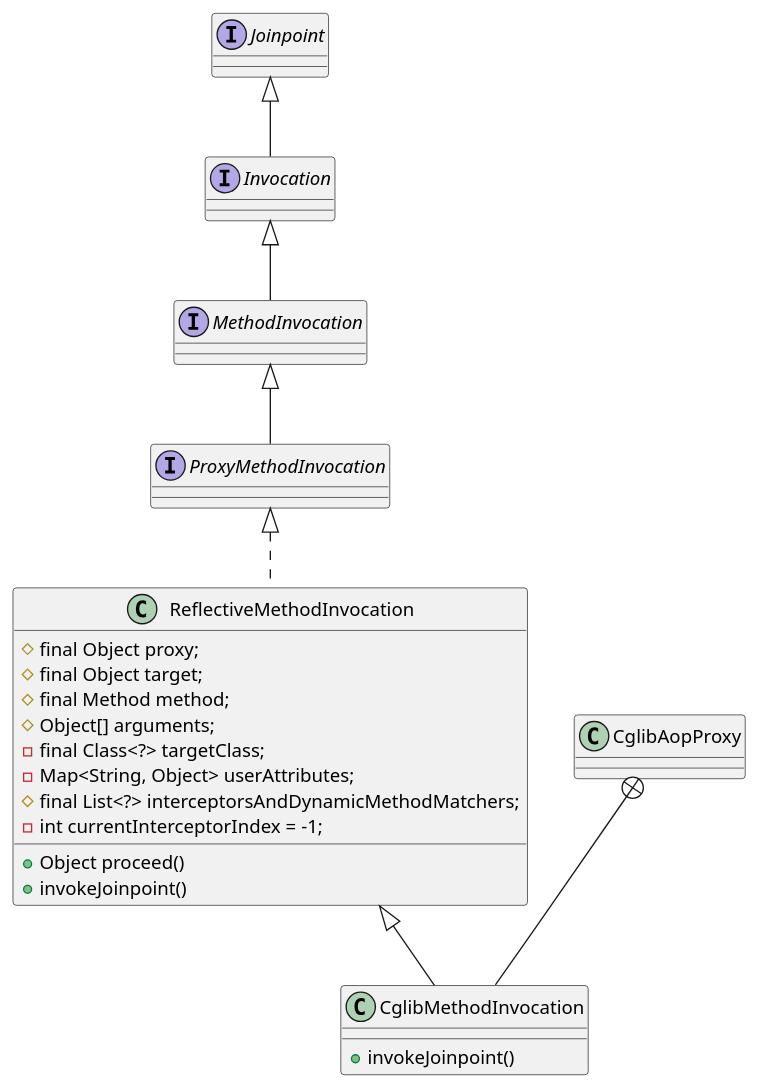
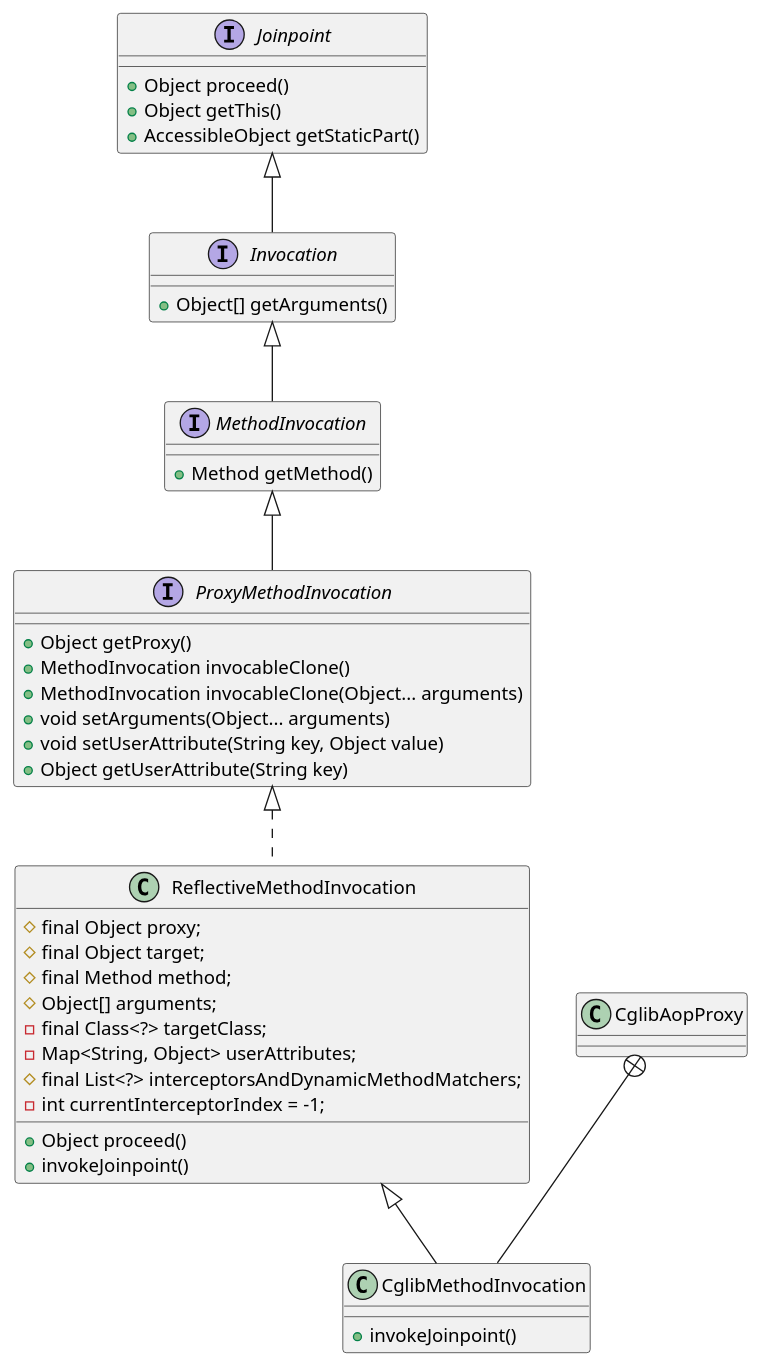
Before and after one commit to onlyonion/development: the diagram in 20-framework/src/spring/spring-aop/framework/ReflectiveMethodInvocation.md, drawn with PlantUML. The commit also changed other lines of this file and 21 other files, not shown here.

````diff
--- a/20-framework/src/spring/spring-aop/framework/ReflectiveMethodInvocation.md
+++ b/20-framework/src/spring/spring-aop/framework/ReflectiveMethodInvocation.md
@@ -15,37 +17,60 @@
 ```plantuml
 @startuml
 
-interface Joinpoint
-interface Invocation
-interface MethodInvocation
-interface ProxyMethodInvocation
+'''''''''''''''''''''''''Joinpoint''''''''''''''''''''''''''''''
+interface Joinpoint {
+    + Object proceed()
+    + Object getThis()
+    + AccessibleObject getStaticPart()
+}
+
+interface Invocation {
+    + Object[] getArguments()                   
+}
+
+interface MethodInvocation {
+    + Method getMethod()
+}
+
+interface ProxyMethodInvocation {
+	+ Object getProxy()
+	+ MethodInvocation invocableClone()
+	+ MethodInvocation invocableClone(Object... arguments)
+	+ void setArguments(Object... arguments)
+	+ void setUserAttribute(String key, Object value)
+	+ Object getUserAttribute(String key)
+}
 
 Joinpoint ^-- Invocation
 Invocation ^-- MethodInvocation
 MethodInvocation ^-- ProxyMethodInvocation
+
+'''''''''''''''''''''''''父类''''''''''''''''''''''''''''''
 ProxyMethodInvocation ^.. ReflectiveMethodInvocation
 
 class ReflectiveMethodInvocation {
     # final Object proxy;
     # final Object target;
     # final Method method;
     # Object[] arguments;
     - final Class<?> targetClass;
     - Map<String, Object> userAttributes;
     # final List<?> interceptorsAndDynamicMethodMatchers;
     - int currentInterceptorIndex = -1;
     
     + Object proceed()
     + invokeJoinpoint()
 }
 
+
+'''''''''''''''''''''''''CglibMethodInvocation''''''''''''''''''''''''''''''
 ReflectiveMethodInvocation ^-- CglibMethodInvocation
 
 class CglibAopProxy
 CglibAopProxy +-- CglibMethodInvocation
 class CglibMethodInvocation {
     + invokeJoinpoint()
 }
 
 @enduml
 ```
````
